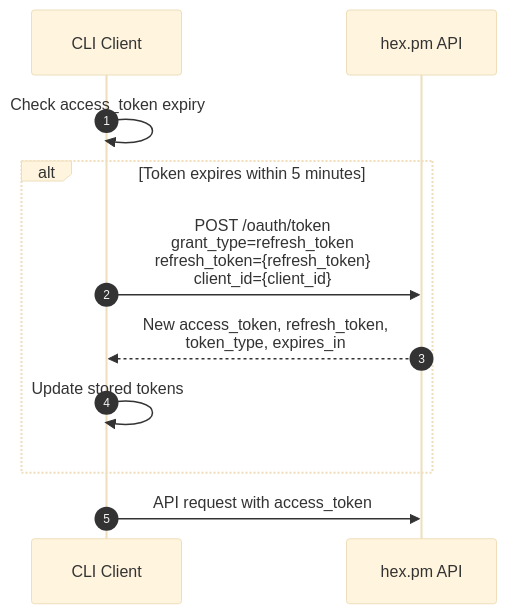
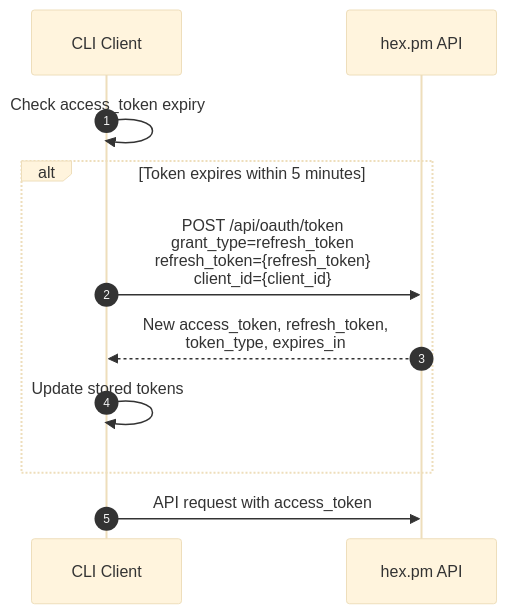
Before and after one commit to hexpm/specifications: the tenth of 11 diagrams in security/threat-model/client-flows.md, drawn with Mermaid (base theme). The commit also changed other lines of this file and 15 other files, not shown here.

````diff
--- a/security/threat-model/client-flows.md
+++ b/security/threat-model/client-flows.md
@@ -639,14 +639,14 @@
 ```mermaid
 sequenceDiagram
     autonumber
     participant Client as CLI Client
     participant API as hex.pm API
 
     Client->>Client: Check access_token expiry
     alt Token expires within 5 minutes
-        Client->>API: POST /oauth/token<br/>grant_type=refresh_token<br/>refresh_token={refresh_token}<br/>client_id={client_id}
+        Client->>API: POST /api/oauth/token<br/>grant_type=refresh_token<br/>refresh_token={refresh_token}<br/>client_id={client_id}
         API-->>Client: New access_token, refresh_token,<br/>token_type, expires_in
         Client->>Client: Update stored tokens
     end
     Client->>API: API request with access_token
 ```
````
